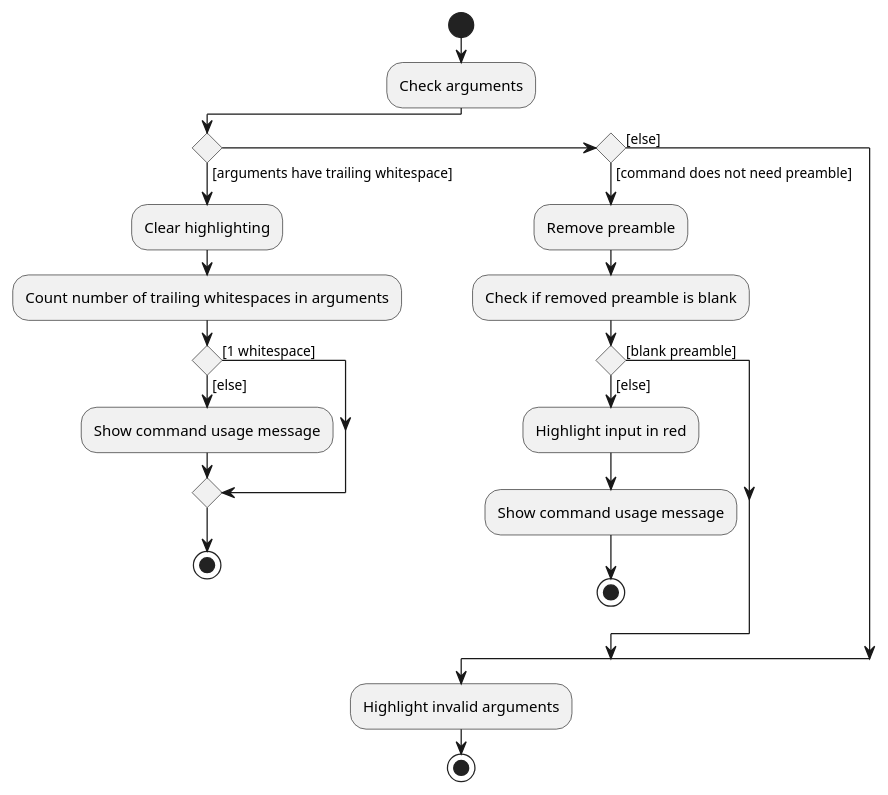
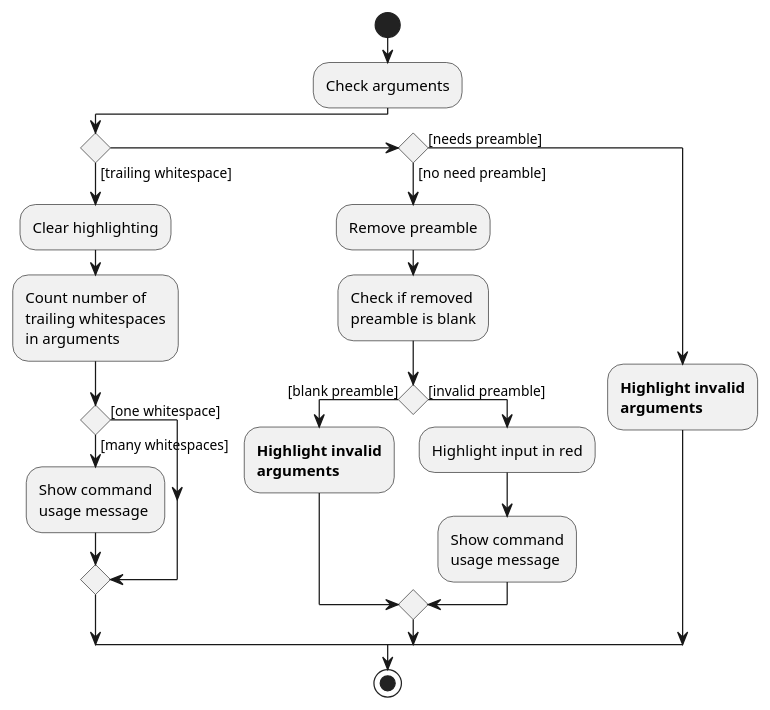
Before and after one commit to nus-cs2103-AY1920S2/addressbook-level3: the second of 3 diagrams in docs/diagrams/SyntaxHighlightingActivityDiagram.puml, drawn with PlantUML. The commit also changed other lines of this file and 8 other files, not shown here.

```diff
--- a/docs/diagrams/SyntaxHighlightingActivityDiagram.puml
+++ b/docs/diagrams/SyntaxHighlightingActivityDiagram.puml
@@ -35,29 +30,37 @@
 @startuml
 start
 :Check arguments;
 
-if () then ([arguments have trailing whitespace])
+if () then ([trailing whitespace])
     :Clear highlighting;
-    :Count number of trailing whitespaces in arguments;
-    if () then ([1 whitespace])
-    else ([else])
-        :Show command usage message;
+    :Count number of
+    trailing whitespaces
+    in arguments;
+    if () then ([one whitespace])
+    else ([many whitespaces])
+        :Show command
+        usage message;
     endif
-    stop
+'    stop
 
-else if () then ([command does not need preamble])
+else if () then ([no need preamble])
     :Remove preamble;
 
-    :Check if removed preamble is blank;
+    :Check if removed
+    preamble is blank;
 
     if () then ([blank preamble])
-    else ([else])
+        :<b>Highlight invalid</b>
+        <b>arguments</b>;
+    else ([invalid preamble])
         :Highlight input in red;
-        :Show command usage message;
-        stop
+        :Show command
+        usage message;
+'        stop
     endif
-else ([else])
+else ([needs preamble])
+    :<b>Highlight invalid</b>
+    <b>arguments</b>;
 endif
-:Highlight invalid arguments;
 stop
 @enduml
```
